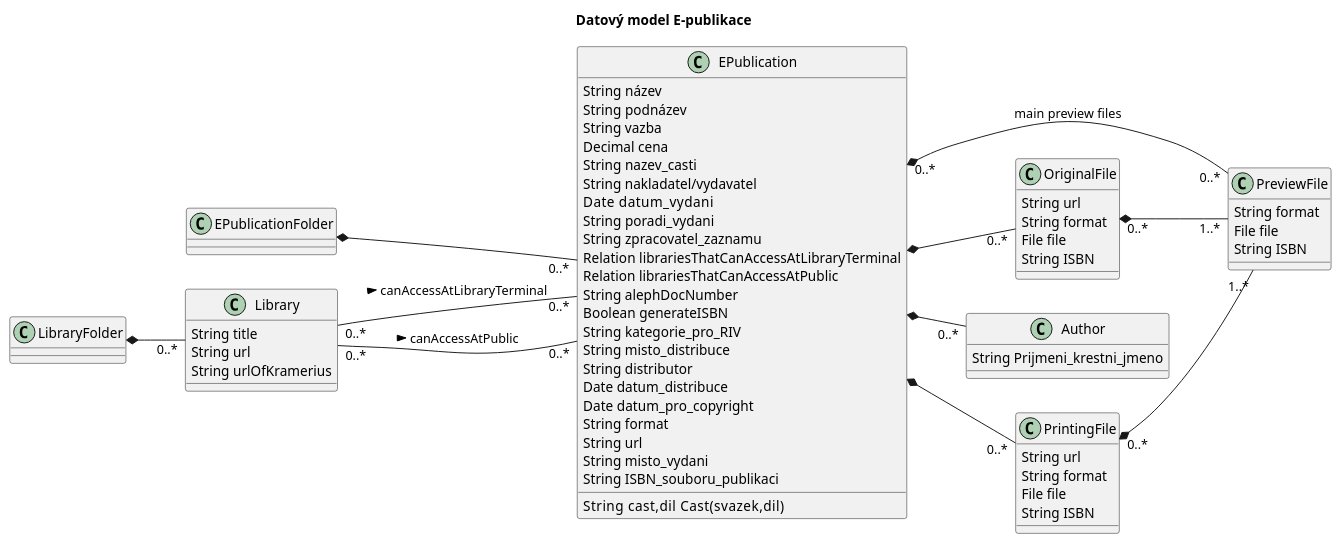
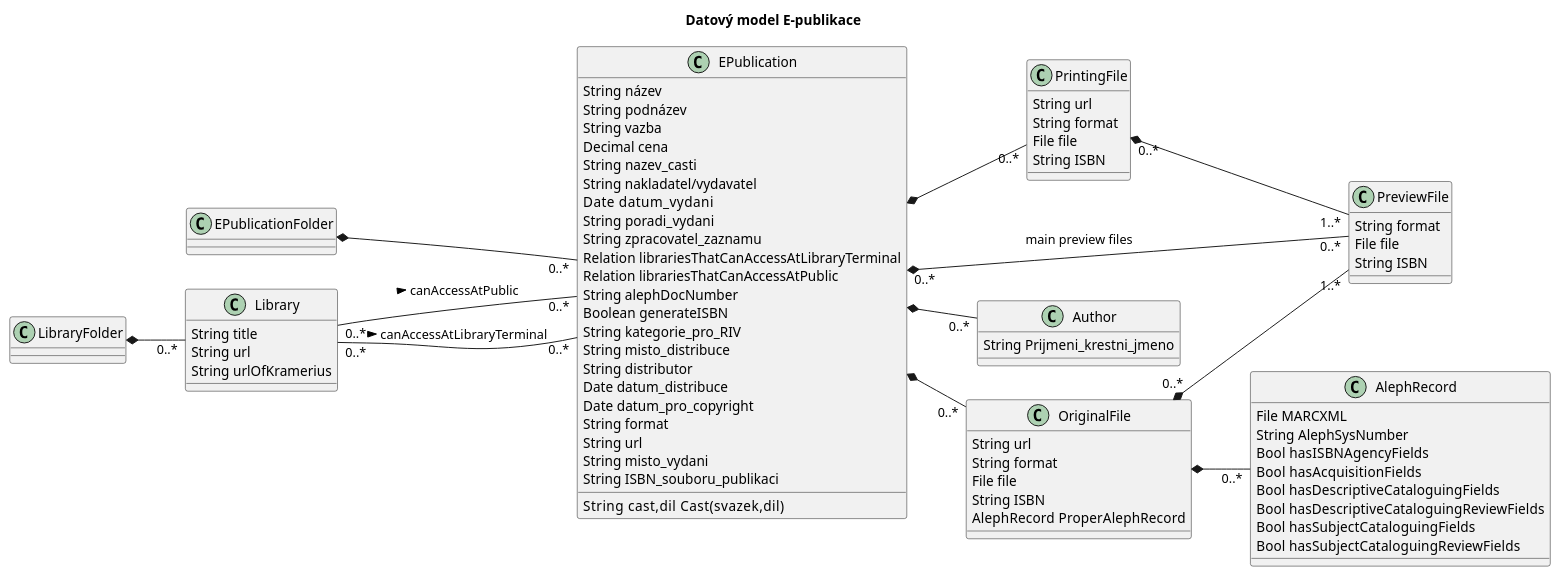
The diagram in docs/dm01.plantuml (edeposit/edeposit), drawn with PlantUML before and after one commit. The commit also changed 7 other files, not shown here.

```diff
--- a/docs/dm01.plantuml
+++ b/docs/dm01.plantuml
@@ -1,79 +1,91 @@
 @startuml
 skinparam componentStyle uml2
 left to right direction
 title Datový model E-publikace
 
 class Library {
       String title
       String url
       String urlOfKramerius
 }
 
 class PreviewFile {
       String format
       File file
       String ISBN
 }
 
 class OriginalFile {
       String url
       String format
       File file
       String ISBN
+      AlephRecord  ProperAlephRecord
+}
+
+class AlephRecord {
+      File MARCXML
+      String AlephSysNumber
+      Bool  hasISBNAgencyFields
+      Bool  hasAcquisitionFields
+      Bool  hasDescriptiveCataloguingFields
+      Bool  hasDescriptiveCataloguingReviewFields
+      Bool  hasSubjectCataloguingFields
+      Bool  hasSubjectCataloguingReviewFields
 }
 
 class Author {
       String Prijmeni_krestni_jmeno
 }
 
 class PrintingFile {
       String url
       String format
       File file
       String ISBN
 }
 
 class EPublication {
       String název  
       String podnázev
       String vazba 
       Decimal cena 
       String cast,dil     Cast(svazek,dil)
       String nazev_casti
       String nakladatel/vydavatel
       Date   datum_vydani
       String poradi_vydani
       String zpracovatel_zaznamu
       Relation librariesThatCanAccessAtLibraryTerminal
       Relation librariesThatCanAccessAtPublic
       String alephDocNumber
       Boolean generateISBN
       String kategorie_pro_RIV
       String misto_distribuce
       String distributor
       Date datum_distribuce
       Date datum_pro_copyright
       String format
       String url
       String misto_vydani
       String ISBN_souboru_publikaci
 }
 
 class EPublicationFolder {
 }
 
 class LibraryFolder {
 }
 
 Library "0..*" -- "0..*" EPublication: canAccessAtLibraryTerminal >
 Library "0..*" -- "0..*" EPublication: canAccessAtPublic >
 EPublication *-- "0..*" OriginalFile
 EPublication *-- "0..*" PrintingFile
 EPublication *-- "0..*" Author
 EPublication "0..*" *-- "0..*" PreviewFile: main preview files
 OriginalFile "0..*" *-- "1..*" PreviewFile
 PrintingFile "0..*" *-- "1..*" PreviewFile
 EPublicationFolder *-- "0..*" EPublication
 LibraryFolder *-- "0..*" Library
-
+OriginalFile *-- "0..*" AlephRecord
 @enduml
```
